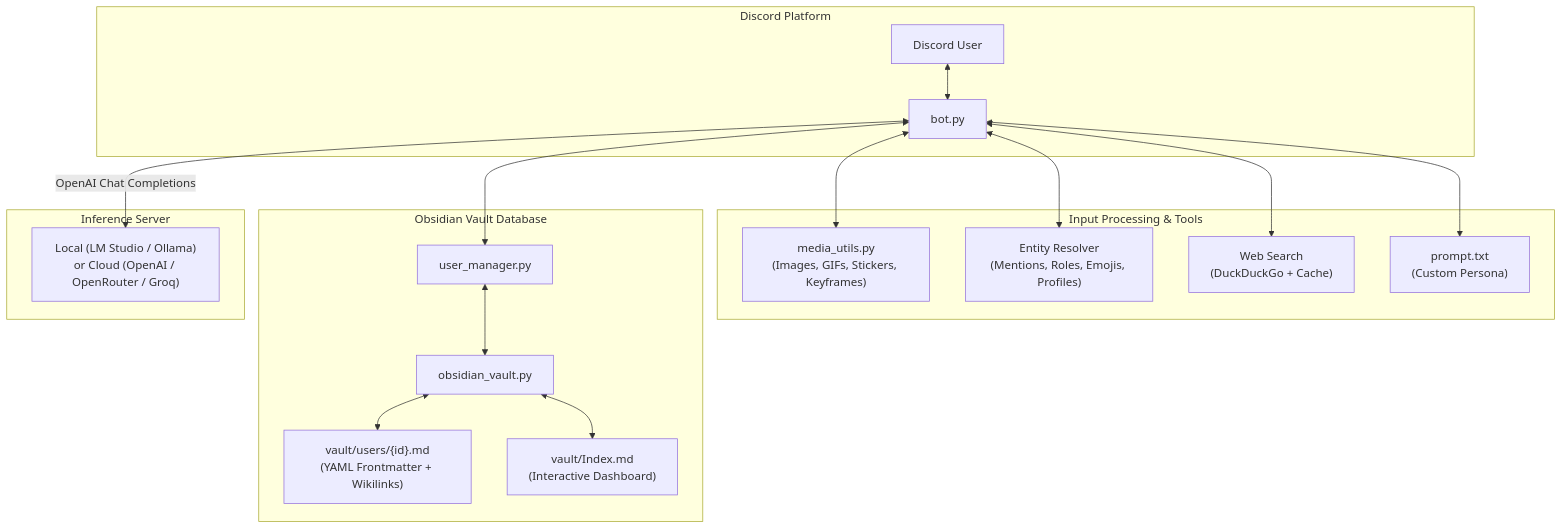
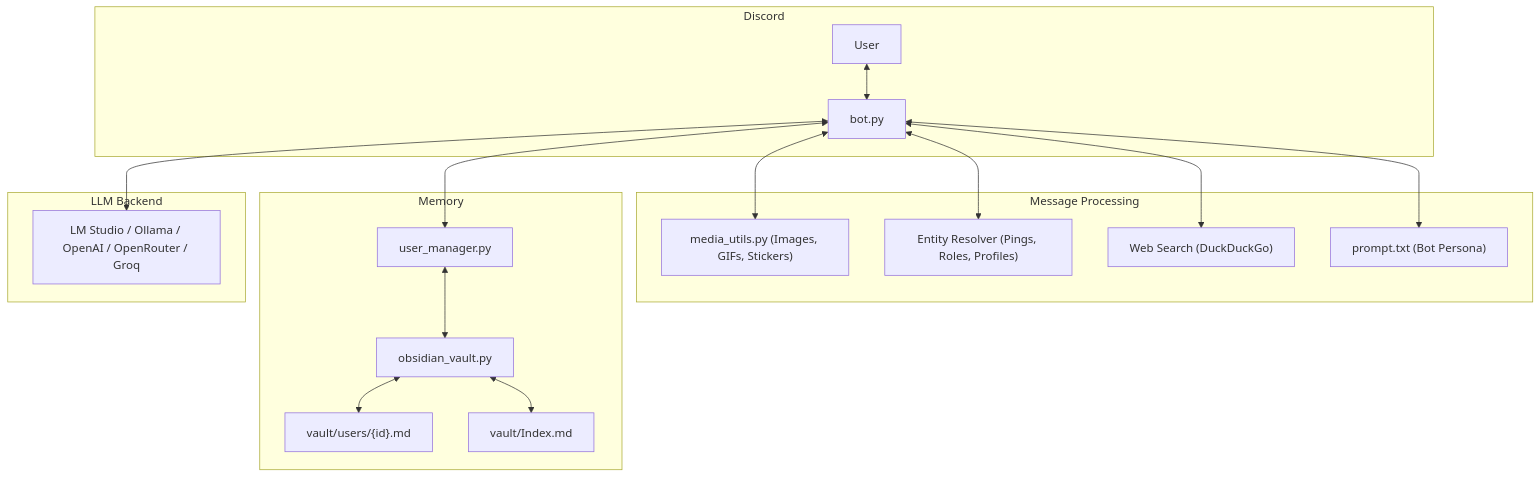
Before and after one commit to ItsDTYT/Disco-AI: the diagram in README.md, drawn with Mermaid. The commit also changed other lines of this file, not shown here.

````diff
--- a/README.md
+++ b/README.md
@@ -86,24 +85,24 @@
 ```mermaid
 flowchart TD
-    subgraph Discord["Discord Platform"]
-        User["Discord User"] <--> Bot["bot.py"]
+    subgraph Discord["Discord"]
+        User["User"] <--> Bot["bot.py"]
     end
 
-    subgraph Peripherals["Input Processing & Tools"]
-        Bot <--> Media["media_utils.py<br/>(Images, GIFs, Stickers, Keyframes)"]
-        Bot <--> Resolver["Entity Resolver<br/>(Mentions, Roles, Emojis, Profiles)"]
-        Bot <--> Search["Web Search<br/>(DuckDuckGo + Cache)"]
-        Bot <--> Prompt["prompt.txt<br/>(Custom Persona)"]
+    subgraph Peripherals["Message Processing"]
+        Bot <--> Media["media_utils.py (Images, GIFs, Stickers)"]
+        Bot <--> Resolver["Entity Resolver (Pings, Roles, Profiles)"]
+        Bot <--> Search["Web Search (DuckDuckGo)"]
+        Bot <--> Prompt["prompt.txt (Bot Persona)"]
     end
 
-    subgraph Storage["Obsidian Vault Database"]
+    subgraph Storage["Memory"]
         Bot <--> UserMgr["user_manager.py"]
         UserMgr <--> Vault["obsidian_vault.py"]
-        Vault <--> Notes["vault/users/{id}.md<br/>(YAML Frontmatter + Wikilinks)"]
-        Vault <--> Index["vault/Index.md<br/>(Interactive Dashboard)"]
+        Vault <--> Notes["vault/users/{id}.md"]
+        Vault <--> Index["vault/Index.md"]
     end
 
-    subgraph Backend["Inference Server"]
-        Bot <-->|OpenAI Chat Completions| Engine["Local (LM Studio / Ollama)<br/>or Cloud (OpenAI / OpenRouter / Groq)"]
+    subgraph Backend["LLM Backend"]
+        Bot <--> Engine["LM Studio / Ollama / OpenAI / OpenRouter / Groq"]
     end
 ```
````
